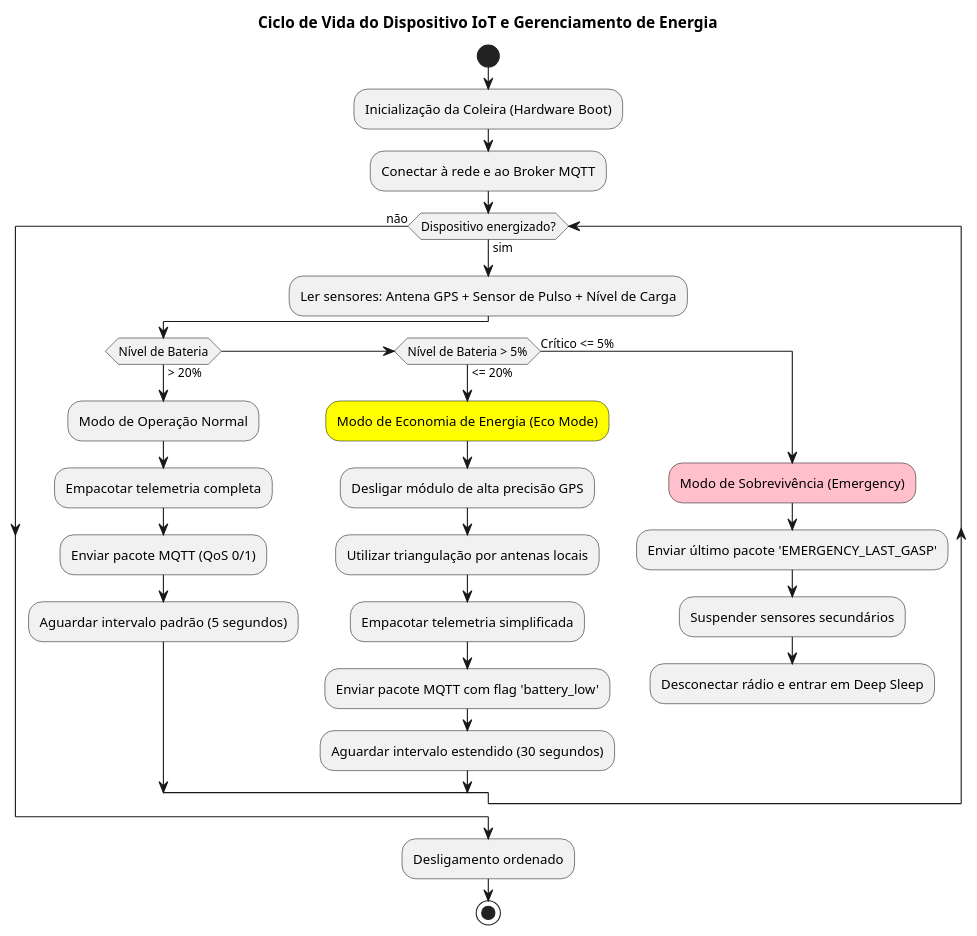
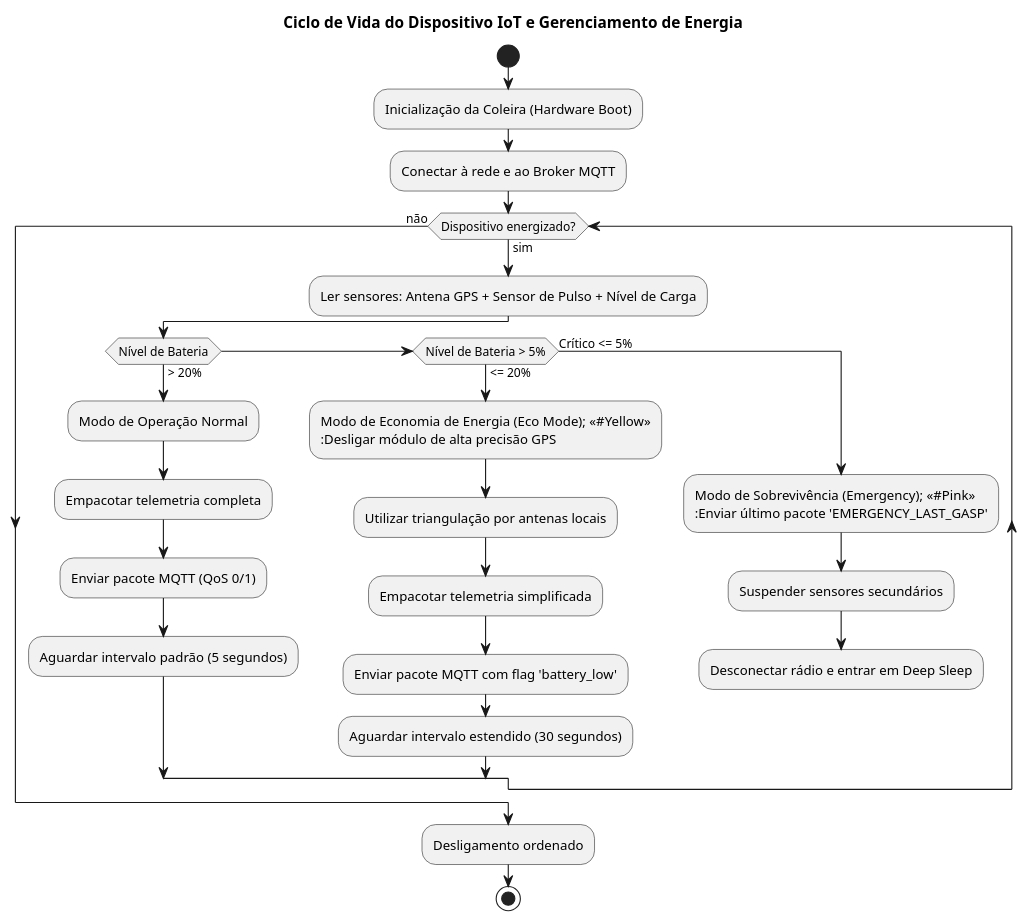
Before and after one commit to Kauane03/Distribuidos: the fourth of 6 diagrams in FLUXOGRAMA.md, drawn with PlantUML. The commit also changed other lines of this file, not shown here.

Commit message:
fix(docs): atualiza sintaxe de cores do PlantUML para o padrao moderno <<#Color>>

````diff
--- a/FLUXOGRAMA.md
+++ b/FLUXOGRAMA.md
@@ -222,37 +222,37 @@
 ```plantuml
 @startuml
 title Ciclo de Vida do Dispositivo IoT e Gerenciamento de Energia
 skinparam defaultFontName sans-serif
 
 start
 :Inicialização da Coleira (Hardware Boot);
 :Conectar à rede e ao Broker MQTT;
 
 while (Dispositivo energizado?) is (sim)
     :Ler sensores: Antena GPS + Sensor de Pulso + Nível de Carga;
     
     if (Nível de Bateria) then (> 20%)
         :Modo de Operação Normal;
         :Empacotar telemetria completa;
         :Enviar pacote MQTT (QoS 0/1);
         :Aguardar intervalo padrão (5 segundos);
     elseif (Nível de Bateria > 5%) then (<= 20%)
-        #Yellow:Modo de Economia de Energia (Eco Mode);
+        :Modo de Economia de Energia (Eco Mode); <<#Yellow>>
         :Desligar módulo de alta precisão GPS;
         :Utilizar triangulação por antenas locais;
         :Empacotar telemetria simplificada;
         :Enviar pacote MQTT com flag 'battery_low';
         :Aguardar intervalo estendido (30 segundos);
     else (Crítico <= 5%)
-        #Pink:Modo de Sobrevivência (Emergency);
+        :Modo de Sobrevivência (Emergency); <<#Pink>>
         :Enviar último pacote 'EMERGENCY_LAST_GASP';
         :Suspender sensores secundários;
         :Desconectar rádio e entrar em Deep Sleep;
         detach
     endif
 endwhile (não)
 
 :Desligamento ordenado;
 stop
 @enduml
 ```
````
